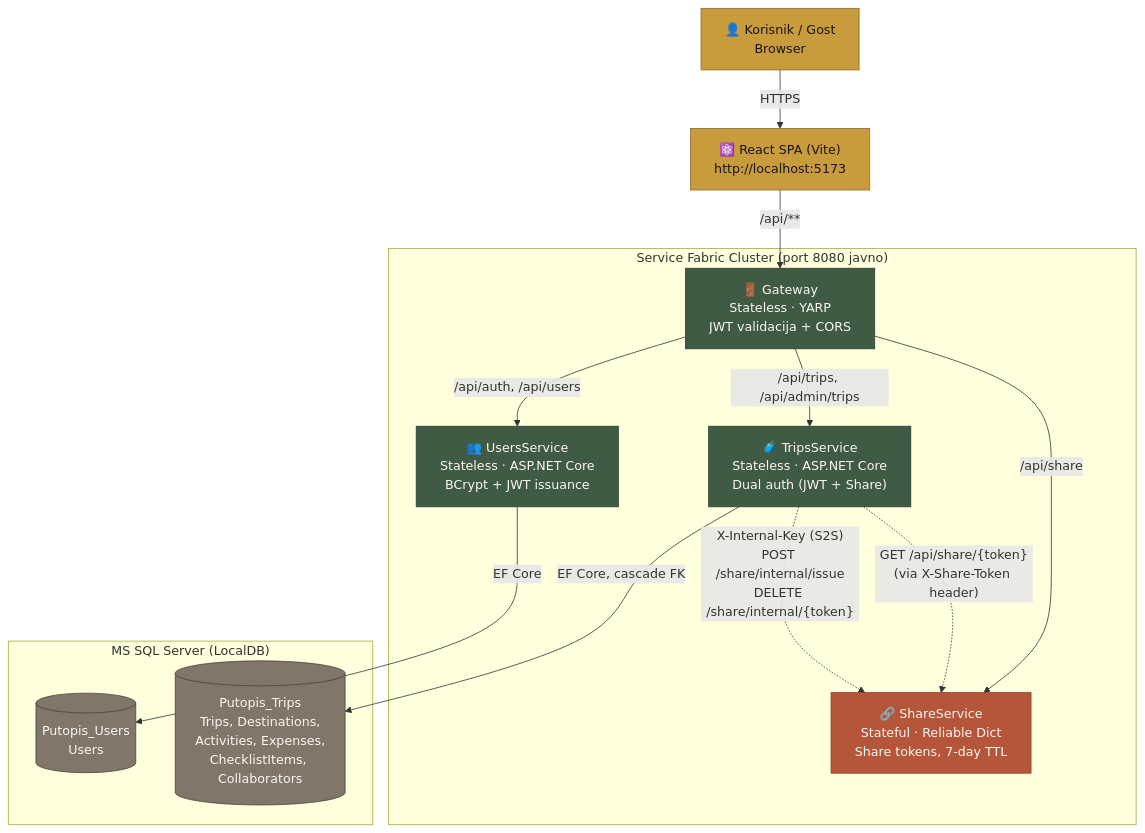
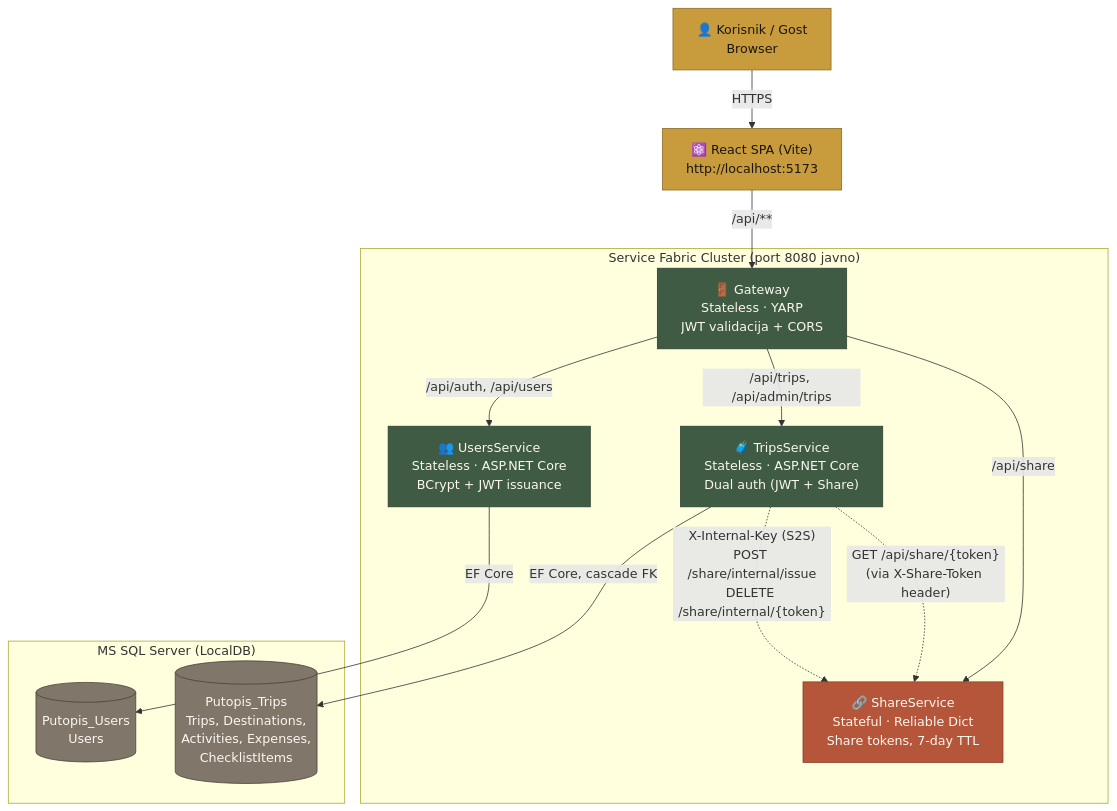
One commit to obrentanasic/TripPlaning changed the first of 4 diagrams in docs/architecture.md. Above: the diagram before and after it, drawn with Mermaid. The commit also changed other lines of this file and 28 other files, not shown here.

````diff
--- a/docs/architecture.md
+++ b/docs/architecture.md
@@ -5,40 +5,40 @@
 ```mermaid
 graph TB
     User[👤 Korisnik / Gost<br/>Browser]
     React["⚛️ React SPA (Vite)<br/>http://localhost:5173"]
 
     User -->|HTTPS| React
 
     subgraph Cluster["Service Fabric Cluster (port 8080 javno)"]
         Gateway["🚪 Gateway<br/>Stateless · YARP<br/>JWT validacija + CORS"]
         Users["👥 UsersService<br/>Stateless · ASP.NET Core<br/>BCrypt + JWT issuance"]
         Trips["🧳 TripsService<br/>Stateless · ASP.NET Core<br/>Dual auth (JWT + Share)"]
         Share["🔗 ShareService<br/>Stateful · Reliable Dict<br/>Share tokens, 7-day TTL"]
     end
 
     subgraph DB["MS SQL Server (LocalDB)"]
         UsersDB[(Putopis_Users<br/>Users)]
-        TripsDB[(Putopis_Trips<br/>Trips, Destinations,<br/>Activities, Expenses,<br/>ChecklistItems, Collaborators)]
+        TripsDB[(Putopis_Trips<br/>Trips, Destinations,<br/>Activities, Expenses,<br/>ChecklistItems)]
     end
 
     React -->|"/api/**"| Gateway
     Gateway -->|"/api/auth, /api/users"| Users
     Gateway -->|"/api/trips, /api/admin/trips"| Trips
     Gateway -->|"/api/share"| Share
 
     Users -->|EF Core| UsersDB
     Trips -->|EF Core, cascade FK| TripsDB
 
     Trips -. "X-Internal-Key (S2S)<br/>POST /share/internal/issue<br/>DELETE /share/internal/{token}" .-> Share
     Trips -. "GET /api/share/{token}<br/>(via X-Share-Token header)" .-> Share
 
     classDef stateless fill:#3F5B43,stroke:#2C4030,color:#FBF7F0
     classDef stateful fill:#B5563A,stroke:#8E3F26,color:#FBF7F0
     classDef db fill:#80766A,stroke:#4A4239,color:#FBF7F0
     classDef external fill:#C89B3C,stroke:#8E6D29,color:#1A1612
 
     class Gateway,Users,Trips stateless
     class Share stateful
     class UsersDB,TripsDB db
     class User,React external
 ```
````
